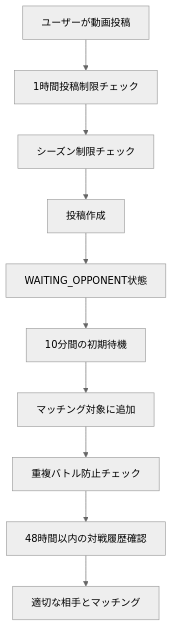
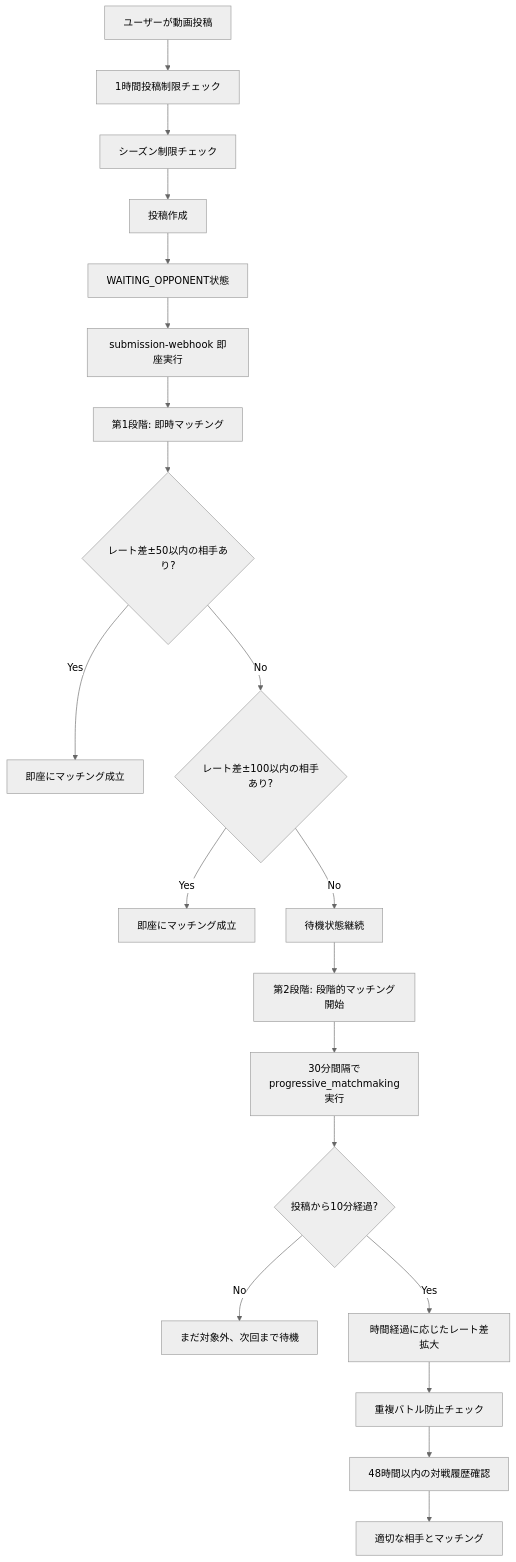
Before and after one commit to RIKUJI-SHON/BeatNexus.Final: the first of 2 diagrams in docs/マッチング・投稿機能仕様書.md, drawn with Mermaid (neutral theme). The commit also changed other lines of this file and 30 other files, not shown here.

````diff
--- a/docs/マッチング・投稿機能仕様書.md
+++ b/docs/マッチング・投稿機能仕様書.md
@@ -36,12 +36,22 @@
 ```mermaid
 graph TD
     A[ユーザーが動画投稿] --> B[1時間投稿制限チェック]
     B --> C[シーズン制限チェック]
     C --> D[投稿作成]
     D --> E[WAITING_OPPONENT状態]
-    E --> F[10分間の初期待機]
-    F --> G[マッチング対象に追加]
-    G --> H[重複バトル防止チェック]
-    H --> I[48時間以内の対戦履歴確認]
-    I --> J[適切な相手とマッチング]
+    E --> F[submission-webhook 即座実行]
+    F --> G[第1段階: 即時マッチング]
+    G --> H{レート差±50以内の相手あり?}
+    H -->|Yes| I[即座にマッチング成立]
+    H -->|No| J{レート差±100以内の相手あり?}
+    J -->|Yes| K[即座にマッチング成立]
+    J -->|No| L[待機状態継続]
+    L --> M[第2段階: 段階的マッチング開始]
+    M --> N[30分間隔でprogressive_matchmaking実行]
+    N --> O{投稿から10分経過?}
+    O -->|No| P[まだ対象外、次回まで待機]
+    O -->|Yes| Q[時間経過に応じたレート差拡大]
+    Q --> R[重複バトル防止チェック]
+    R --> S[48時間以内の対戦履歴確認]
+    S --> T[適切な相手とマッチング]
 ```
````
